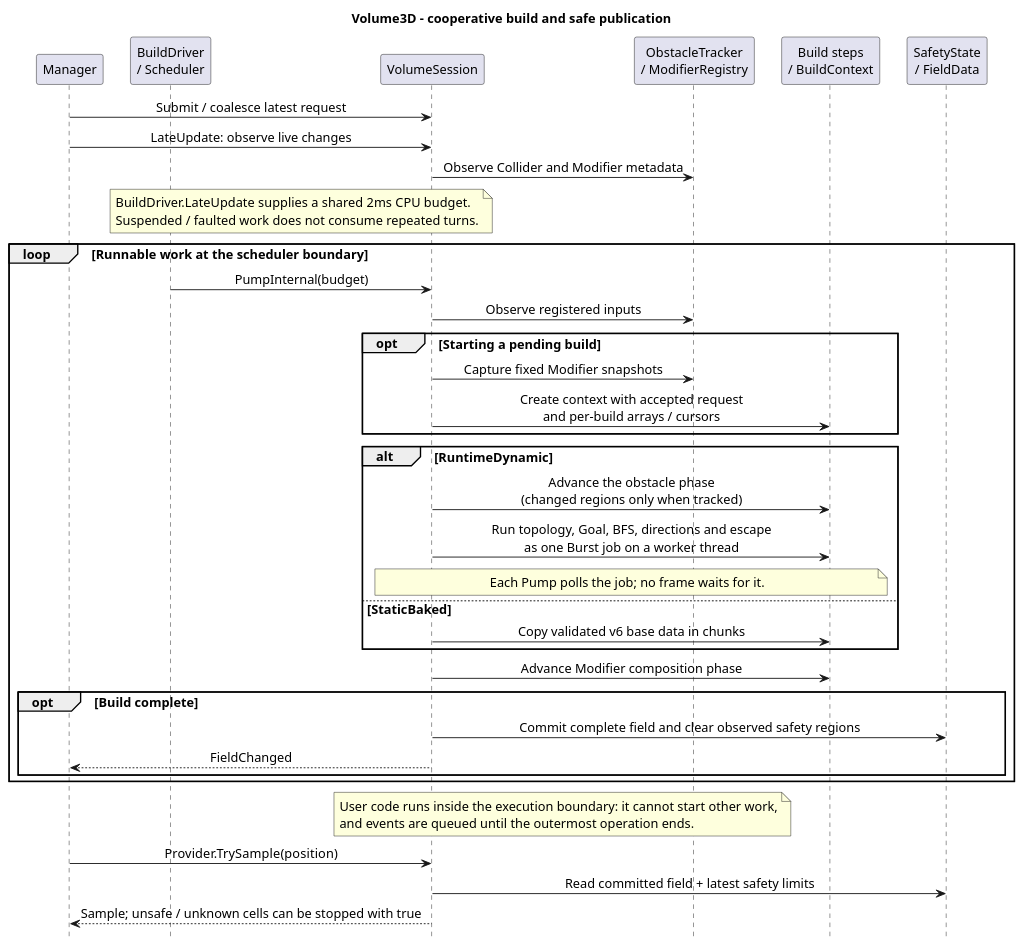
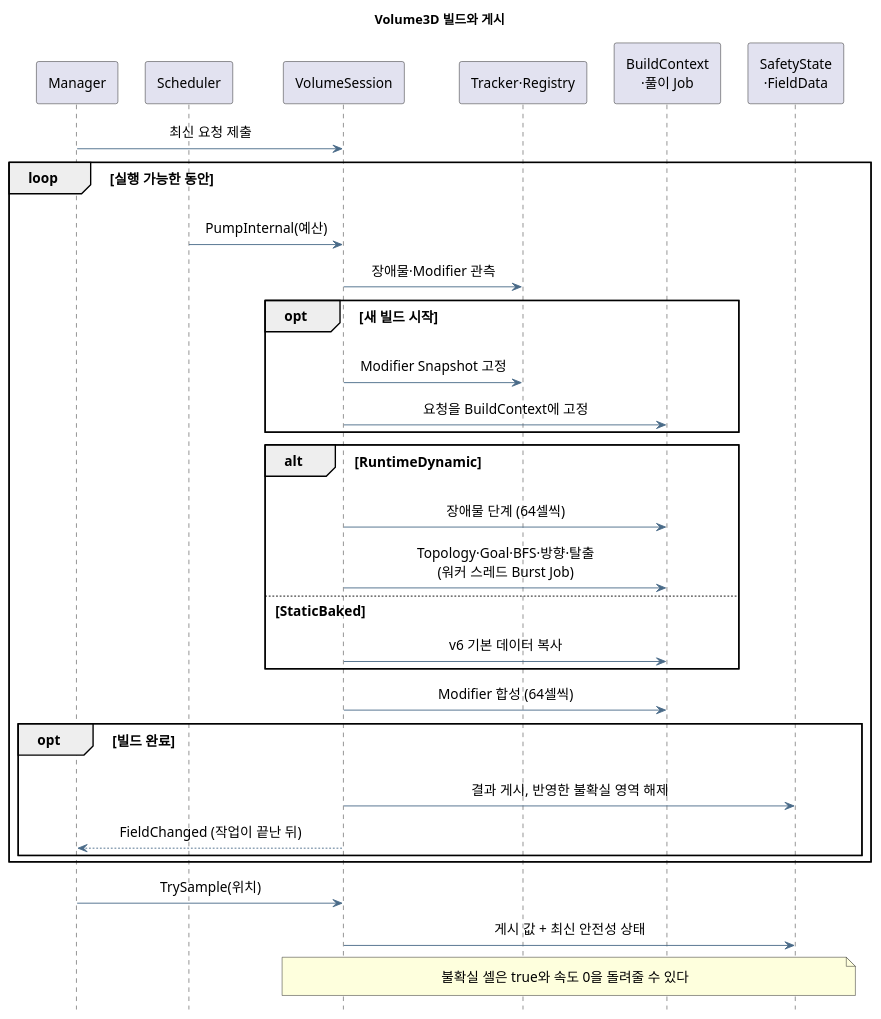
Before and after one commit to youwonsock/tool-unity-editor: the diagram in ToyProject/Assets/_FlowField/Docs/flowfield-volume.puml, drawn with PlantUML. The commit also changed 12 other files, not shown here.

First line of the commit message:
FlowField 문서: 핵심만 남기고 UML을 PlantUML 이미지로 정리

```diff
--- a/ToyProject/Assets/_FlowField/Docs/flowfield-volume.puml
+++ b/ToyProject/Assets/_FlowField/Docs/flowfield-volume.puml
@@ -1,46 +1,42 @@
 @startuml flowfield-volume
 skinparam shadowing false
-skinparam defaultFontName SansSerif
-skinparam defaultFontSize 14
+skinparam defaultFontName "Apple SD Gothic Neo"
+skinparam defaultFontSize 15
+skinparam ArrowColor #496A88
+skinparam Padding 6
 skinparam sequenceMessageAlign center
 skinparam ParticipantPadding 10
-skinparam BoxPadding 6
 hide footbox
-title Volume3D - cooperative build and safe publication
+title Volume3D 빌드와 게시
 
 participant "Manager" as M
-participant "BuildDriver\n/ Scheduler" as Q
+participant "Scheduler" as Q
 participant "VolumeSession" as S
-participant "ObstacleTracker\n/ ModifierRegistry" as O
-participant "Build steps\n/ BuildContext" as B
-participant "SafetyState\n/ FieldData" as P
+participant "Tracker·Registry" as O
+participant "BuildContext\n·풀이 Job" as B
+participant "SafetyState\n·FieldData" as P
 
-M -> S : Submit / coalesce latest request
-M -> S : LateUpdate: observe live changes
-S -> O : Observe Collider and Modifier metadata
-note over Q,S : BuildDriver.LateUpdate supplies a shared 2ms CPU budget.\nSuspended / faulted work does not consume repeated turns.
-loop Runnable work at the scheduler boundary
-  Q -> S : PumpInternal(budget)
-  S -> O : Observe registered inputs
-  opt Starting a pending build
-    S -> O : Capture fixed Modifier snapshots
-    S -> B : Create context with accepted request\nand per-build arrays / cursors
+M -> S : 최신 요청 제출
+loop 실행 가능한 동안
+  Q -> S : PumpInternal(예산)
+  S -> O : 장애물·Modifier 관측
+  opt 새 빌드 시작
+    S -> O : Modifier Snapshot 고정
+    S -> B : 요청을 BuildContext에 고정
   end
   alt RuntimeDynamic
-    S -> B : Advance the obstacle phase\n(changed regions only when tracked)
-    S -> B : Run topology, Goal, BFS, directions and escape\nas one Burst job on a worker thread
-    note over S,B : Each Pump polls the job; no frame waits for it.
+    S -> B : 장애물 단계 (64셀씩)
+    S -> B : Topology·Goal·BFS·방향·탈출\n(워커 스레드 Burst Job)
   else StaticBaked
-    S -> B : Copy validated v6 base data in chunks
+    S -> B : v6 기본 데이터 복사
   end
-  S -> B : Advance Modifier composition phase
-  opt Build complete
-    S -> P : Commit complete field and clear observed safety regions
-    S --> M : FieldChanged
+  S -> B : Modifier 합성 (64셀씩)
+  opt 빌드 완료
+    S -> P : 결과 게시, 반영한 불확실 영역 해제
+    S --> M : FieldChanged (작업이 끝난 뒤)
   end
 end
-note over S,O : User code runs inside the execution boundary: it cannot start other work,\nand events are queued until the outermost operation ends.
-M -> S : Provider.TrySample(position)
-S -> P : Read committed field + latest safety limits
-S --> M : Sample; unsafe / unknown cells can be stopped with true
+M -> S : TrySample(위치)
+S -> P : 게시 값 + 최신 안전성 상태
+note over S,P : 불확실 셀은 true와 속도 0을 돌려줄 수 있다
 @enduml
```
